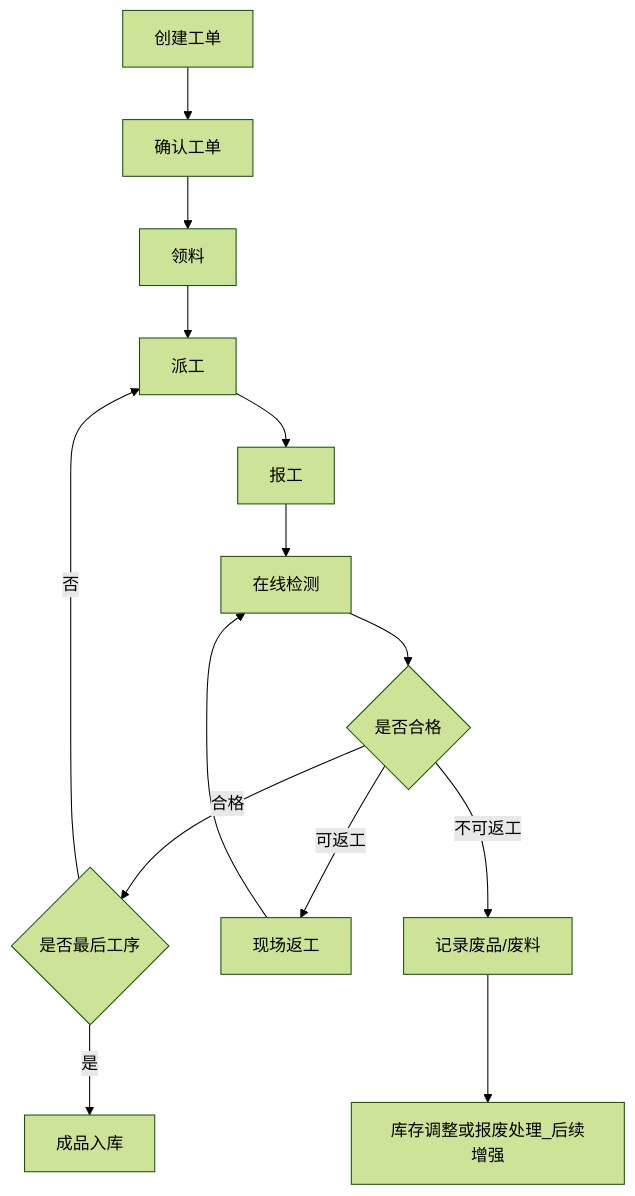
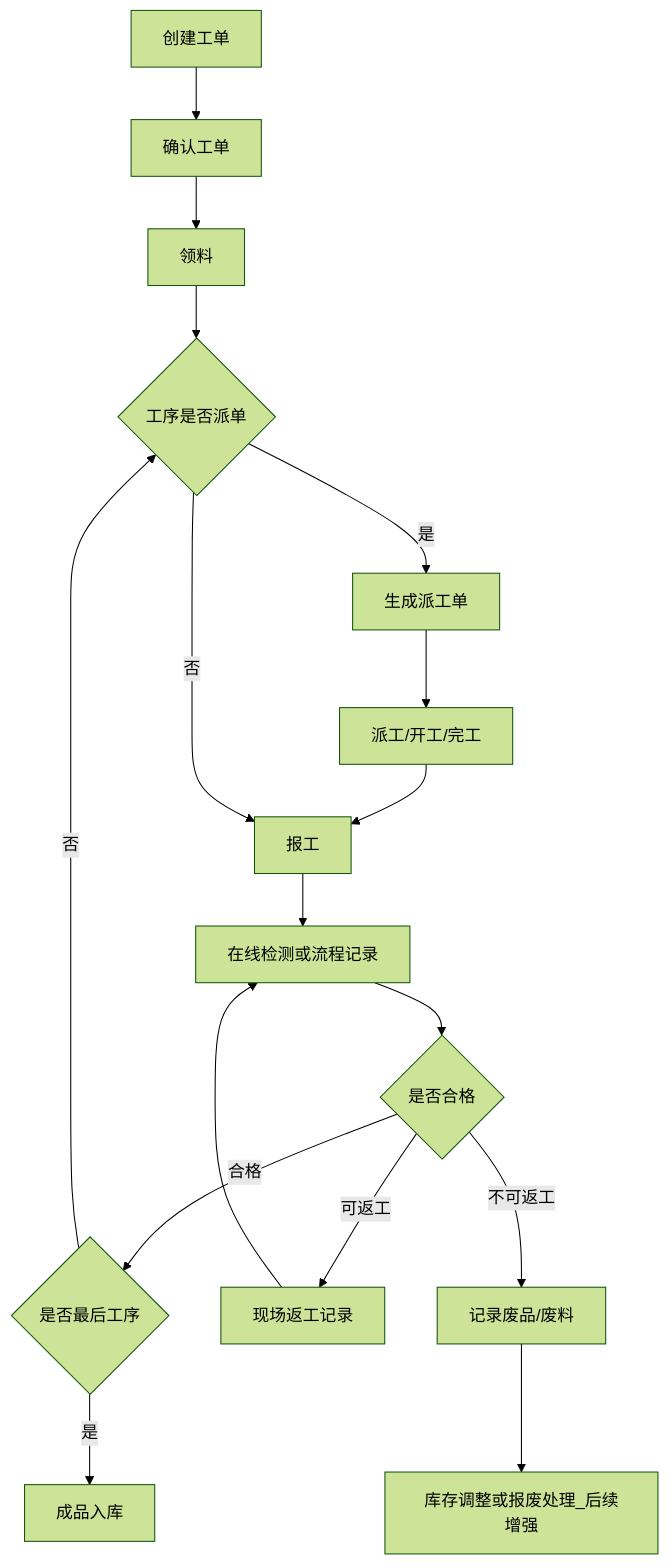
The fifth of 9 diagrams in docs/minierp/system-function-flow.md (goldf2/mes-lite), drawn with Mermaid (forest theme) before and after one commit. The commit also changed other lines of this file, not shown here.

Commit message:
调整工序派单为可配置规则

````diff
--- a/docs/minierp/system-function-flow.md
+++ b/docs/minierp/system-function-flow.md
@@ -157,16 +157,19 @@
 ```mermaid
 flowchart TD
   A["创建工单"] --> B["确认工单"]
   B --> C["领料"]
-  C --> D["派工"]
-  D --> E["报工"]
-  E --> F["在线检测"]
-  F --> G{"是否合格"}
-  G -->|合格| H{"是否最后工序"}
-  G -->|可返工| I["现场返工"]
-  I --> F
-  G -->|不可返工| J["记录废品/废料"]
-  H -->|否| D
-  H -->|是| K["成品入库"]
-  J --> L["库存调整或报废处理_后续增强"]
+  C --> D{"工序是否派单"}
+  D -->|是| E["生成派工单"]
+  E --> F["派工/开工/完工"]
+  F --> G["报工"]
+  D -->|否| G
+  G --> H["在线检测或流程记录"]
+  H --> I{"是否合格"}
+  I -->|合格| J{"是否最后工序"}
+  I -->|可返工| K["现场返工记录"]
+  K --> H
+  I -->|不可返工| L["记录废品/废料"]
+  J -->|否| D
+  J -->|是| M["成品入库"]
+  L --> N["库存调整或报废处理_后续增强"]
 ```
````
